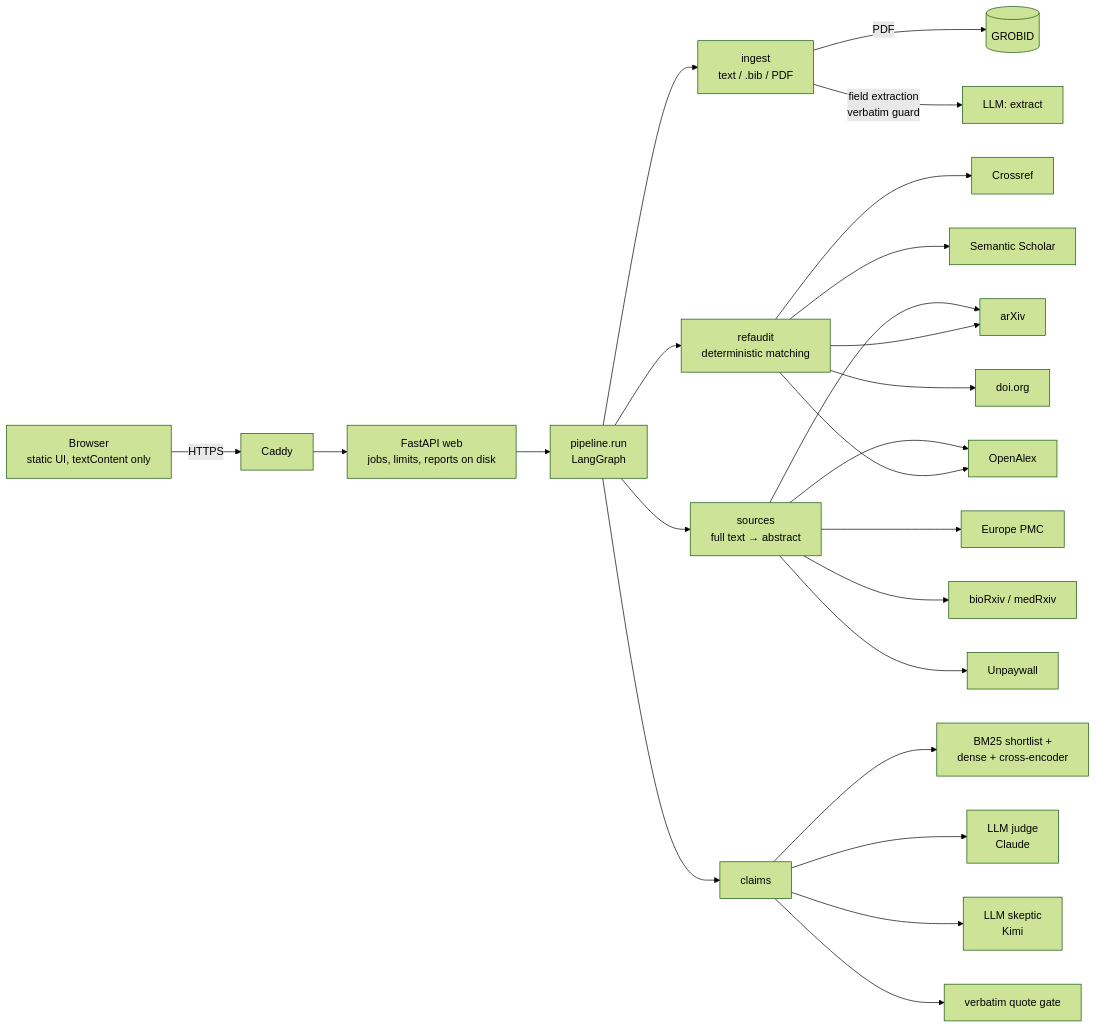
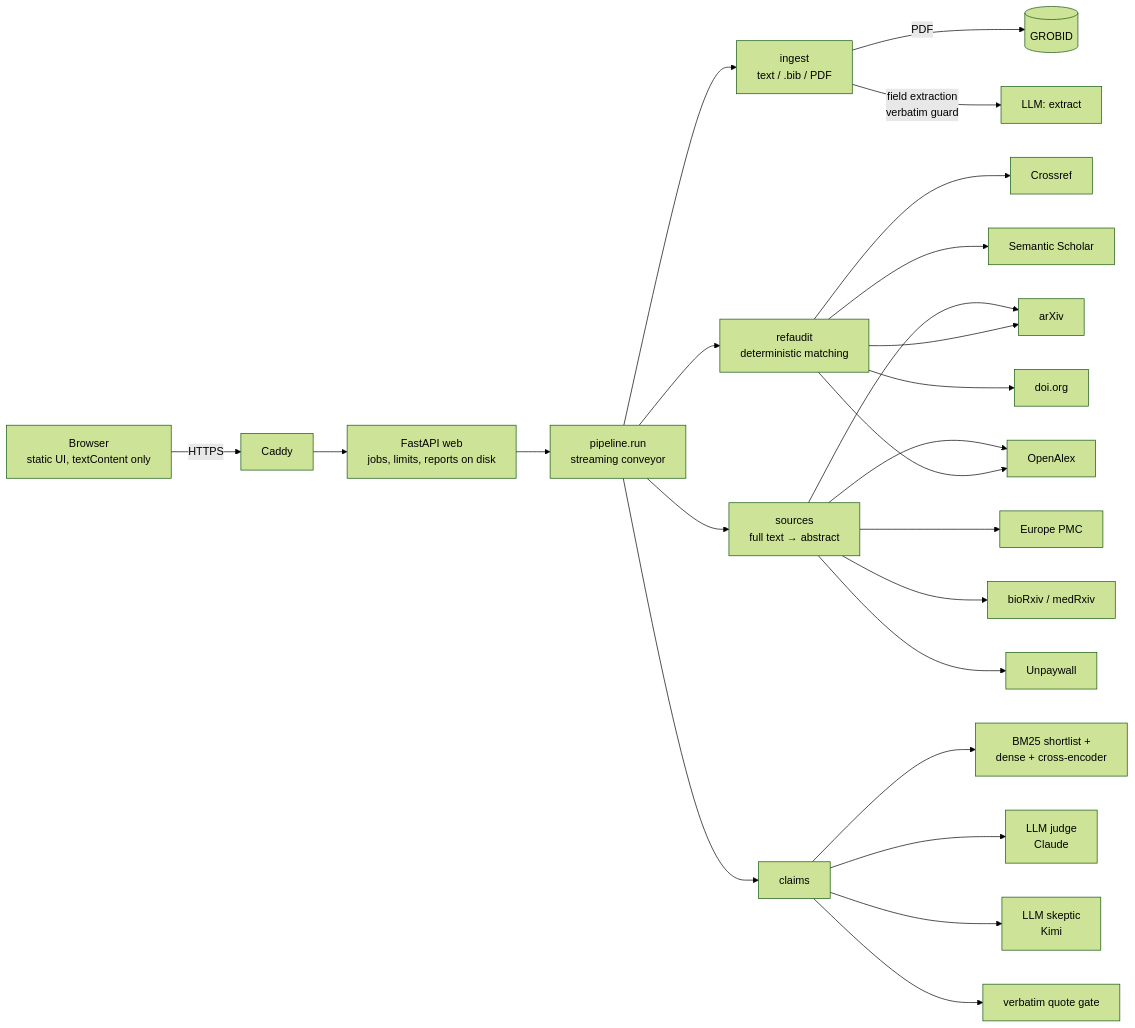
The diagram in README.md (IzbassarO/claimtrace), drawn with Mermaid (forest theme) before and after one commit. The commit also changed 3 other files, not shown here.

Commit message:
docs/deps: streaming conveyor replaces LangGraph; refaudit streaming signature

````diff
--- a/README.md
+++ b/README.md
@@ -45,18 +45,18 @@
 ```mermaid
 flowchart LR
     U[Browser<br/>static UI, textContent only] -->|HTTPS| C[Caddy]
     C --> W[FastAPI web<br/>jobs, limits, reports on disk]
-    W --> P[pipeline.run<br/>LangGraph]
+    W --> P[pipeline.run<br/>streaming conveyor]
     P --> I[ingest<br/>text / .bib / PDF]
     I -->|PDF| G[(GROBID)]
     I -->|field extraction<br/>verbatim guard| X[LLM: extract]
     P --> R[refaudit<br/>deterministic matching]
     R --> CR[Crossref] & OA[OpenAlex] & AX[arXiv] & S2[Semantic Scholar] & DOI[doi.org]
     P --> S[sources<br/>full text → abstract]
     S --> EP[Europe PMC] & AX & BX[bioRxiv / medRxiv] & UP[Unpaywall] & OA
     P --> CL[claims]
     CL --> RET[BM25 shortlist +<br/>dense + cross-encoder]
     CL --> J[LLM judge<br/>Claude]
     CL --> SK[LLM skeptic<br/>Kimi]
     CL --> Q[verbatim quote gate]
 ```
````
